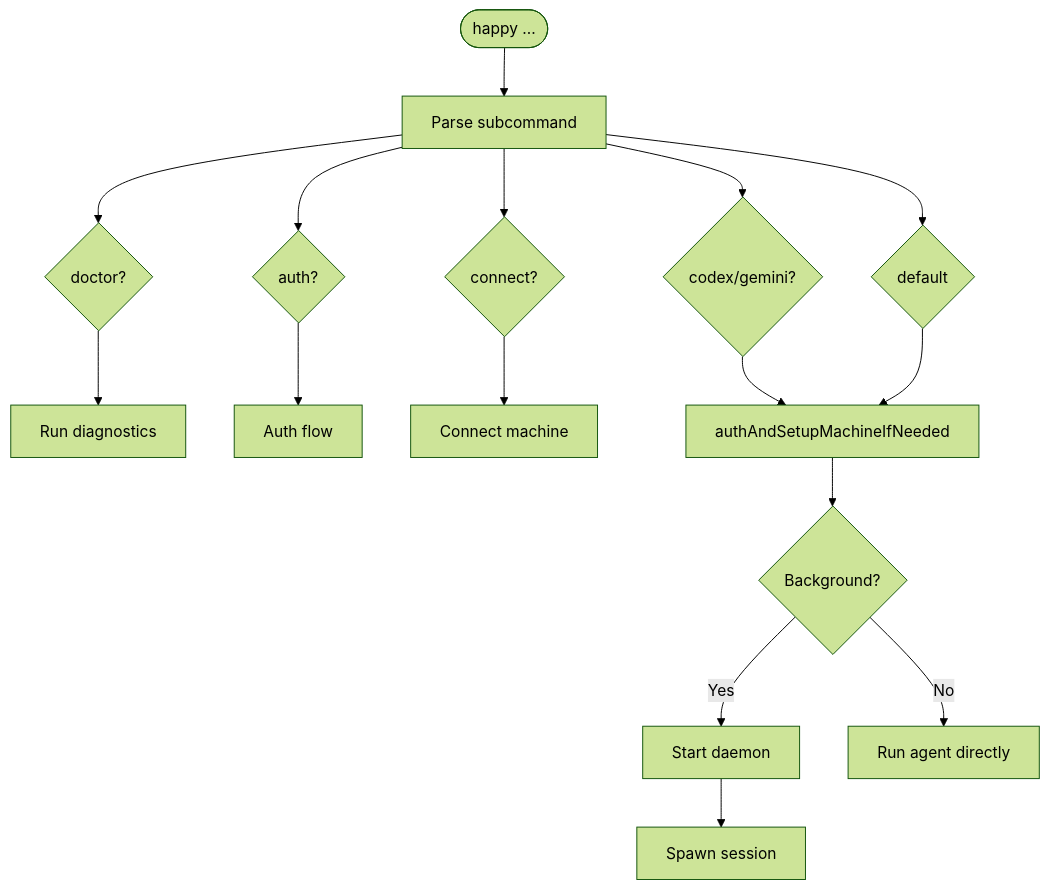
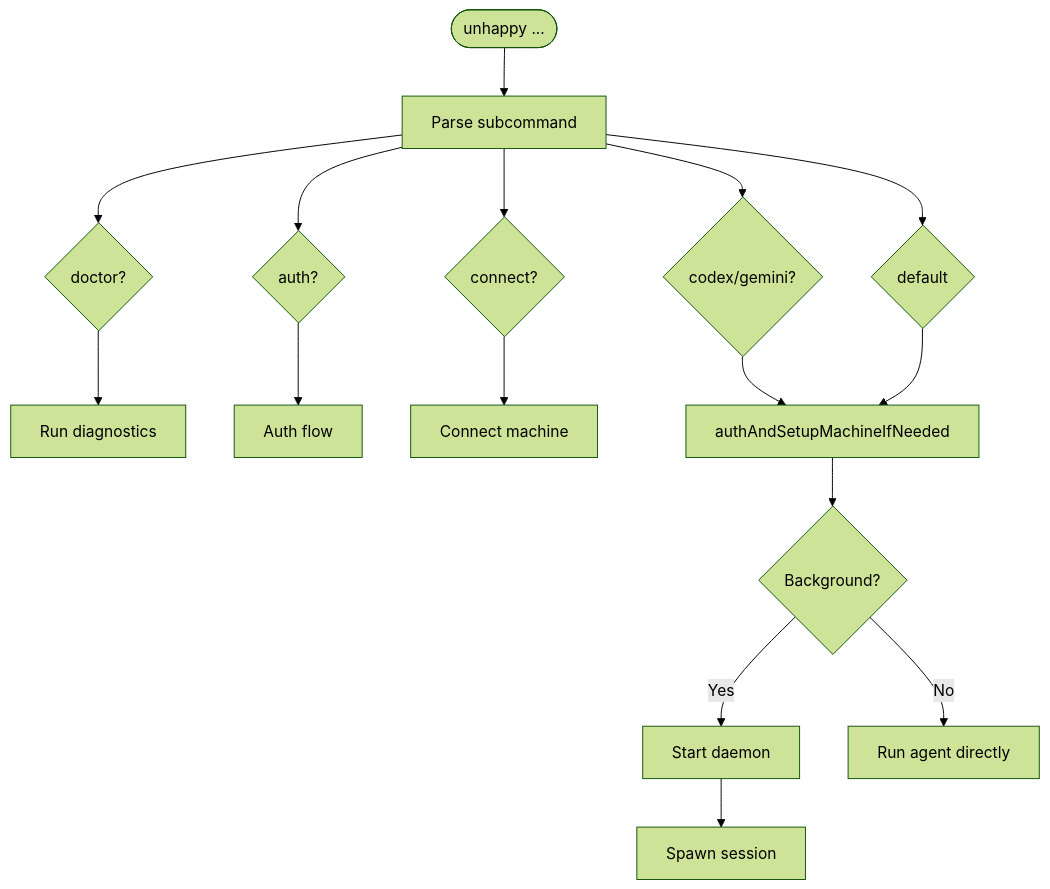
The second of 12 diagrams in docs/cli-architecture.md (samsam-oo/unhappy), drawn with Mermaid (forest theme) before and after one commit. The commit also changed other lines of this file and 75 other files, not shown here.

First line of the commit message:
refactor: rename references from "happy" to "unhappy" across documentation and code

````diff
--- a/docs/cli-architecture.md
+++ b/docs/cli-architecture.md
@@ -50,23 +50,23 @@
 ```mermaid
 flowchart TD
-    Start([happy ...]) --> Parse[Parse subcommand]
+    Start([unhappy ...]) --> Parse[Parse subcommand]
 
     Parse --> Doctor{doctor?}
     Parse --> Auth{auth?}
     Parse --> Connect{connect?}
     Parse --> Agent{codex/gemini?}
     Parse --> Default{default}
 
     Doctor --> RunDoctor[Run diagnostics]
     Auth --> RunAuth[Auth flow]
     Connect --> RunConnect[Connect machine]
 
     Agent --> Setup[authAndSetupMachineIfNeeded]
     Default --> Setup
 
     Setup --> Context{Background?}
     Context --> |Yes| StartDaemon[Start daemon]
     Context --> |No| RunAgent[Run agent directly]
 
     StartDaemon --> SpawnSession[Spawn session]
 ```
````
